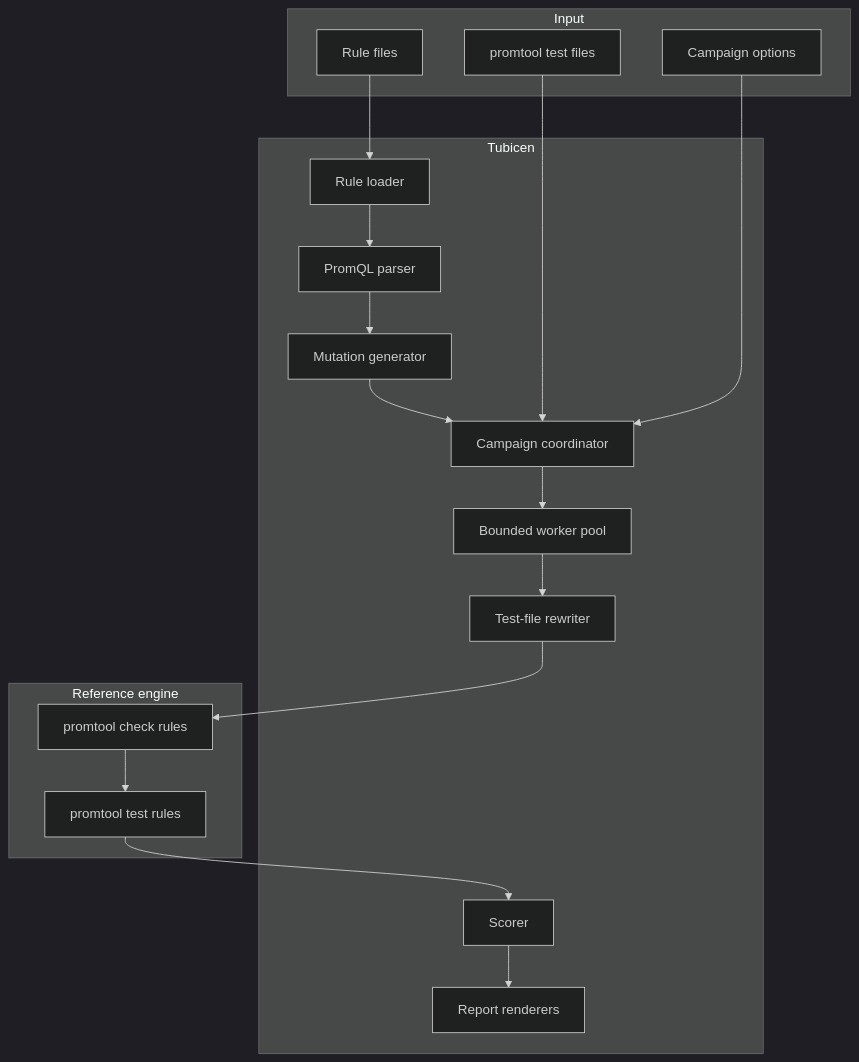
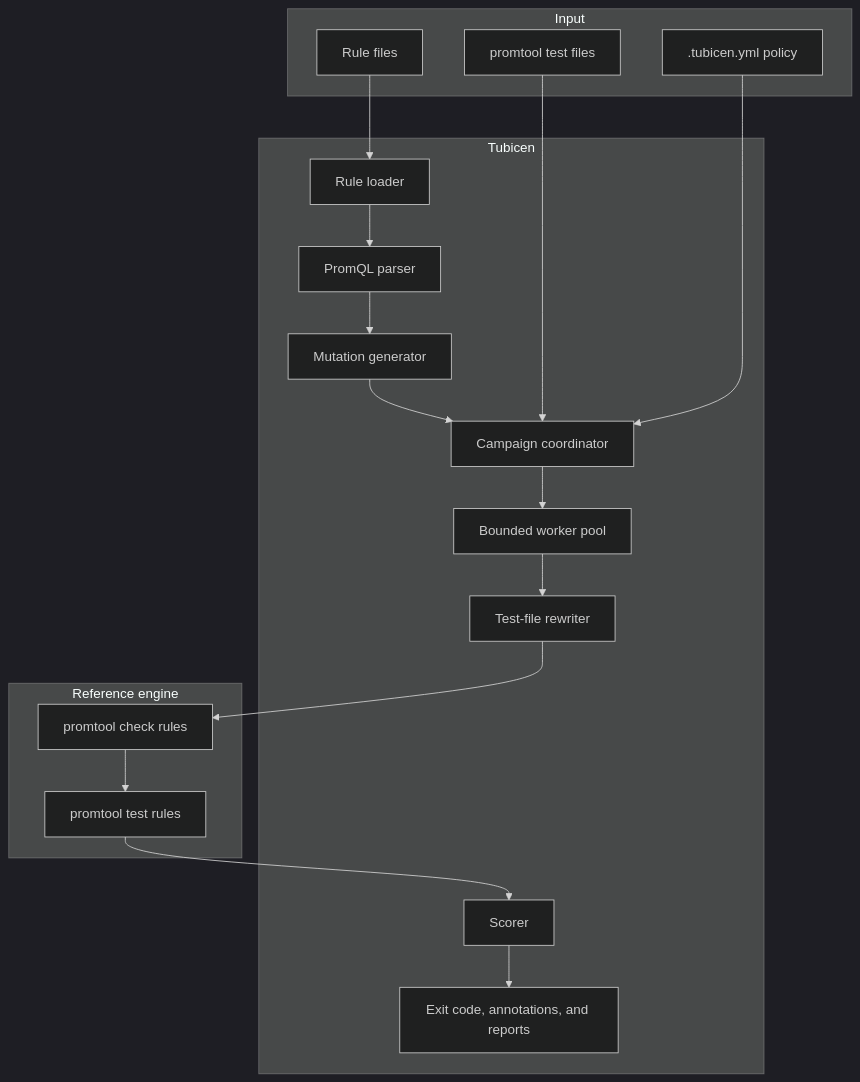
One commit to iahsanGill/tubicen changed the second of 3 diagrams in docs/architecture.md. Above: the diagram before and after it, drawn with Mermaid (dark theme). The commit also changed other lines of this file and 34 other files, not shown here.

````diff
--- a/docs/architecture.md
+++ b/docs/architecture.md
@@ -7,32 +30,32 @@
 ```mermaid
 flowchart TB
     subgraph Input
         R["Rule files"]
         T["promtool test files"]
-        O["Campaign options"]
+        O[".tubicen.yml policy"]
     end
 
     subgraph Tubicen
         L["Rule loader"]
         P["PromQL parser"]
         M["Mutation generator"]
         C["Campaign coordinator"]
         W["Bounded worker pool"]
         X["Test-file rewriter"]
         S["Scorer"]
-        RP["Report renderers"]
+        RP["Exit code, annotations, and reports"]
     end
 
     subgraph Reference engine
         V["promtool check rules"]
         U["promtool test rules"]
     end
 
     R --> L --> P --> M --> C
     T --> C
     O --> C
     C --> W
     W --> X
     X --> V --> U
     U --> S --> RP
 ```
````
